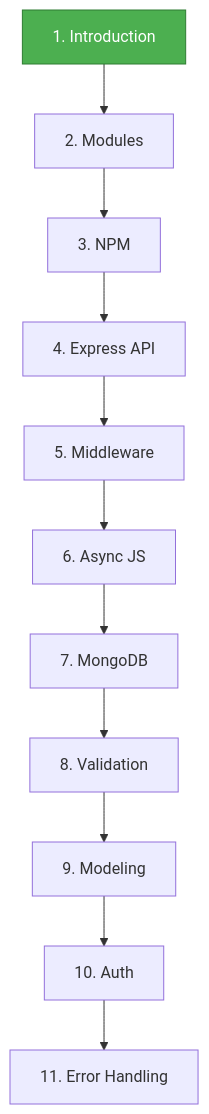
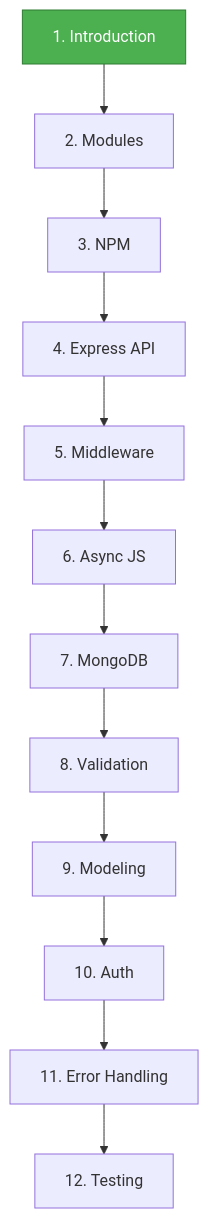
One commit to VIVES-Zuid/node changed the diagram in README.md. Above: the diagram before and after it, drawn with Mermaid. The commit also changed other lines of this file and 8 other files, not shown here.

````diff
--- a/README.md
+++ b/README.md
@@ -286,14 +312,15 @@
 ```mermaid
 graph TD
     A[1. Introduction] --> B[2. Modules]
     B --> C[3. NPM]
     C --> D[4. Express API]
     D --> E[5. Middleware]
     E --> F[6. Async JS]
     F --> G[7. MongoDB]
     G --> H[8. Validation]
     H --> I[9. Modeling]
     I --> J[10. Auth]
     J --> K[11. Error Handling]
+    K --> L[12. Testing]
     style A fill:#4caf50,stroke:#2e7d32,color:#fff
 ```
````
